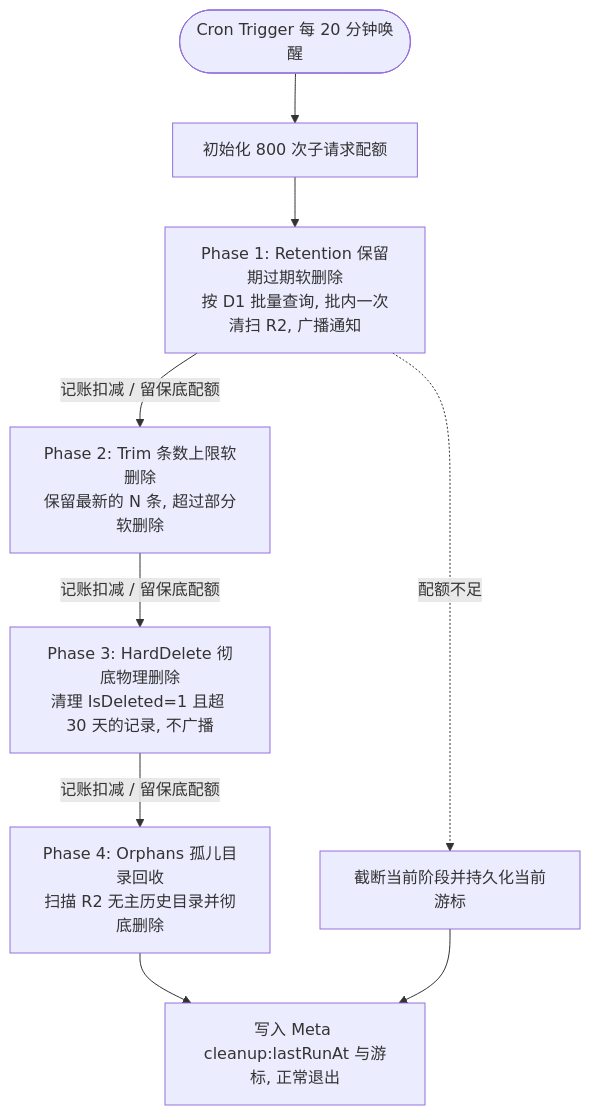
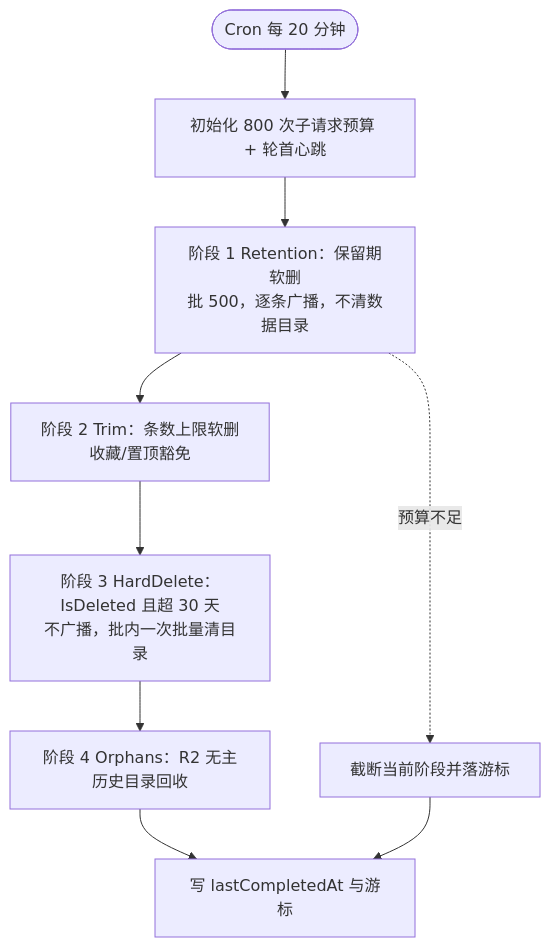
The fourth of 4 diagrams in docs/project-analysis.md (Leexunhuan743/SyncClipboardCfServer), drawn with Mermaid before and after one commit. The commit also changed other lines of this file and 10 other files, not shown here.

````diff
--- a/docs/project-analysis.md
+++ b/docs/project-analysis.md
@@ -356,12 +393,11 @@
 ```mermaid
 flowchart TD
-    Start([Cron Trigger 每 20 分钟唤醒]) --> Init[初始化 800 次子请求配额]
-    Init --> Phase1[Phase 1: Retention 保留期过期软删除<br/>按 D1 批量查询, 批内一次清扫 R2, 广播通知]
-    Phase1 -->|记账扣减 / 留保底配额| Phase2[Phase 2: Trim 条数上限软删除<br/>保留最新的 N 条, 超过部分软删除]
-    Phase2 -->|记账扣减 / 留保底配额| Phase3[Phase 3: HardDelete 彻底物理删除<br/>清理 IsDeleted=1 且超 30 天的记录, 不广播]
-    Phase3 -->|记账扣减 / 留保底配额| Phase4[Phase 4: Orphans 孤儿目录回收<br/>扫描 R2 无主历史目录并彻底删除]
-    Phase4 --> Finish[写入 Meta cleanup:lastRunAt 与游标, 正常退出]
-
-    Phase1 -.配额不足.-> Truncate[截断当前阶段并持久化当前游标]
-    Truncate --> Finish
+    S([Cron 每 20 分钟]) --> Init[初始化 800 次子请求预算 + 轮首心跳]
+    Init --> P1[阶段 1 Retention：保留期软删<br/>批 500，逐条广播，不清数据目录]
+    P1 --> P2[阶段 2 Trim：条数上限软删<br/>收藏/置顶豁免]
+    P2 --> P3[阶段 3 HardDelete：IsDeleted 且超 30 天<br/>不广播，批内一次批量清目录]
+    P3 --> P4[阶段 4 Orphans：R2 无主历史目录回收]
+    P4 --> F[写 lastCompletedAt 与游标]
+    P1 -.预算不足.-> T[截断当前阶段并落游标]
+    T --> F
 ```
````
